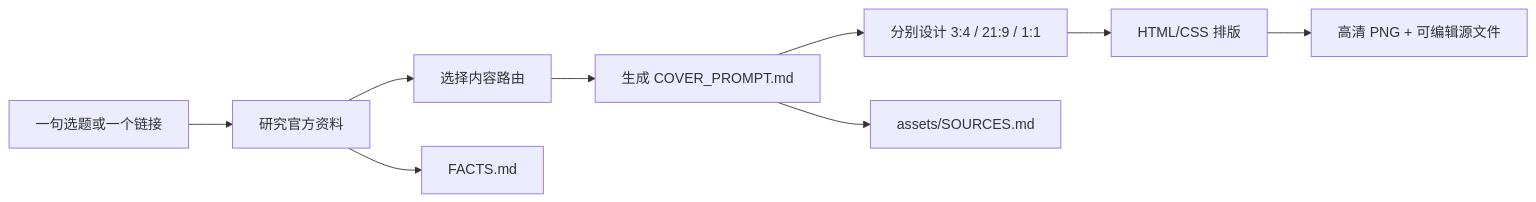
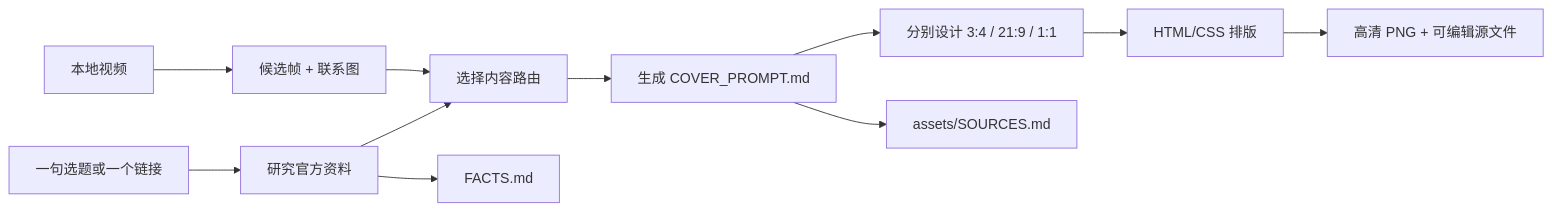
The diagram in README.md (siuserxiaowei/generate-xiaowei-covers), drawn with Mermaid before and after one commit. The commit also changed other lines of this file and 38 other files, not shown here.

````diff
--- a/README.md
+++ b/README.md
@@ -53,11 +54,13 @@
 ```mermaid
 flowchart LR
     A[一句选题或一个链接] --> B[研究官方资料]
+    V[本地视频] --> VF[候选帧 + 联系图]
+    VF --> C
     B --> C[选择内容路由]
     C --> D[生成 COVER_PROMPT.md]
     D --> E[分别设计 3:4 / 21:9 / 1:1]
     E --> F[HTML/CSS 排版]
     F --> G[高清 PNG + 可编辑源文件]
     B --> H[FACTS.md]
     D --> I[assets/SOURCES.md]
 ```
````
